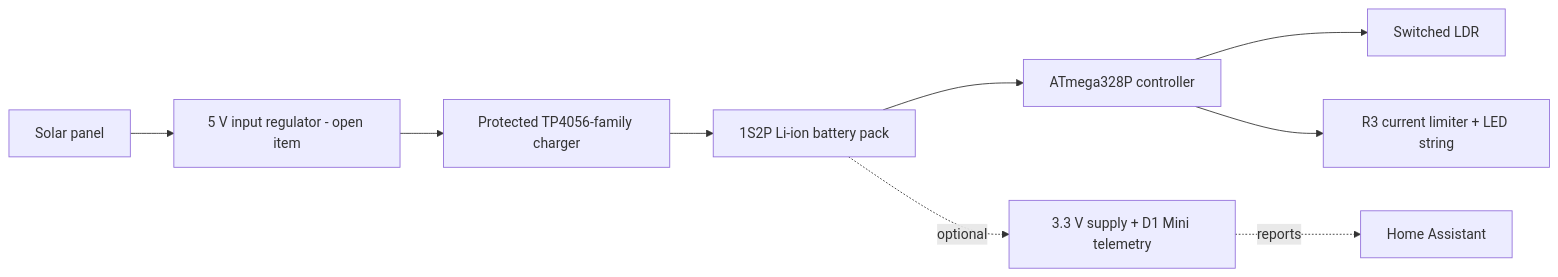
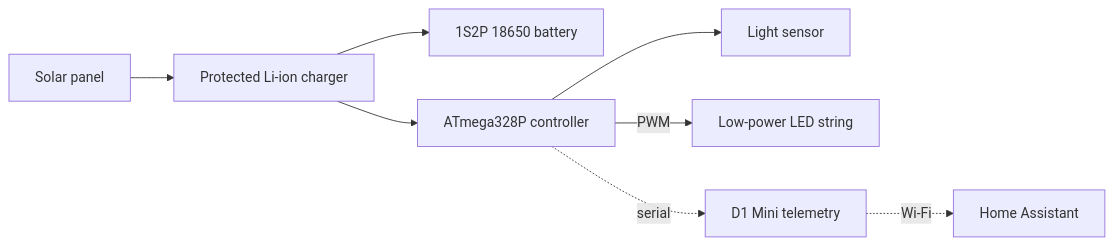
One commit to anthonyjclarke/Solar-Lights-Lite changed the diagram in README.md. Above: the diagram before and after it, drawn with Mermaid. The commit also changed other lines of this file and 199 other files, not shown here.

````diff
--- a/README.md
+++ b/README.md
@@ -78,11 +37,10 @@
 ```mermaid
 flowchart LR
-    PV[Solar panel] --> REG[5 V input regulator - open item]
-    REG --> CHG[Protected TP4056-family charger]
-    CHG --> BAT[1S2P Li-ion battery pack]
-    BAT --> MCU[ATmega328P controller]
-    MCU --> LDR[Switched LDR]
-    MCU --> LED[R3 current limiter + LED string]
-    BAT -. optional .-> TEL[3.3 V supply + D1 Mini telemetry]
-    TEL -. reports .-> HA[Home Assistant]
+    PV[Solar panel] --> CHG[Protected Li-ion charger]
+    CHG --> BAT[1S2P 18650 battery]
+    CHG --> MCU[ATmega328P controller]
+    MCU --> LDR[Light sensor]
+    MCU -- PWM --> LED[Low-power LED string]
+    MCU -. serial .-> D1[D1 Mini telemetry]
+    D1 -. Wi-Fi .-> HA[Home Assistant]
 ```
````
